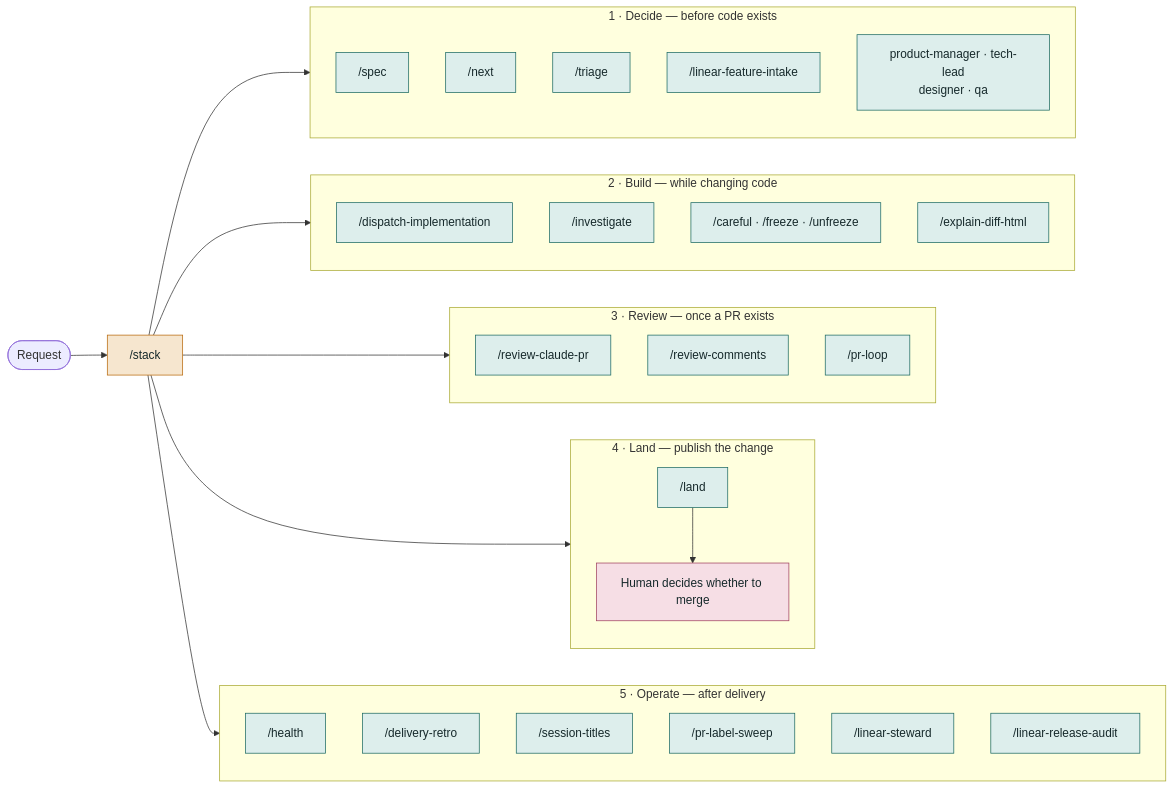
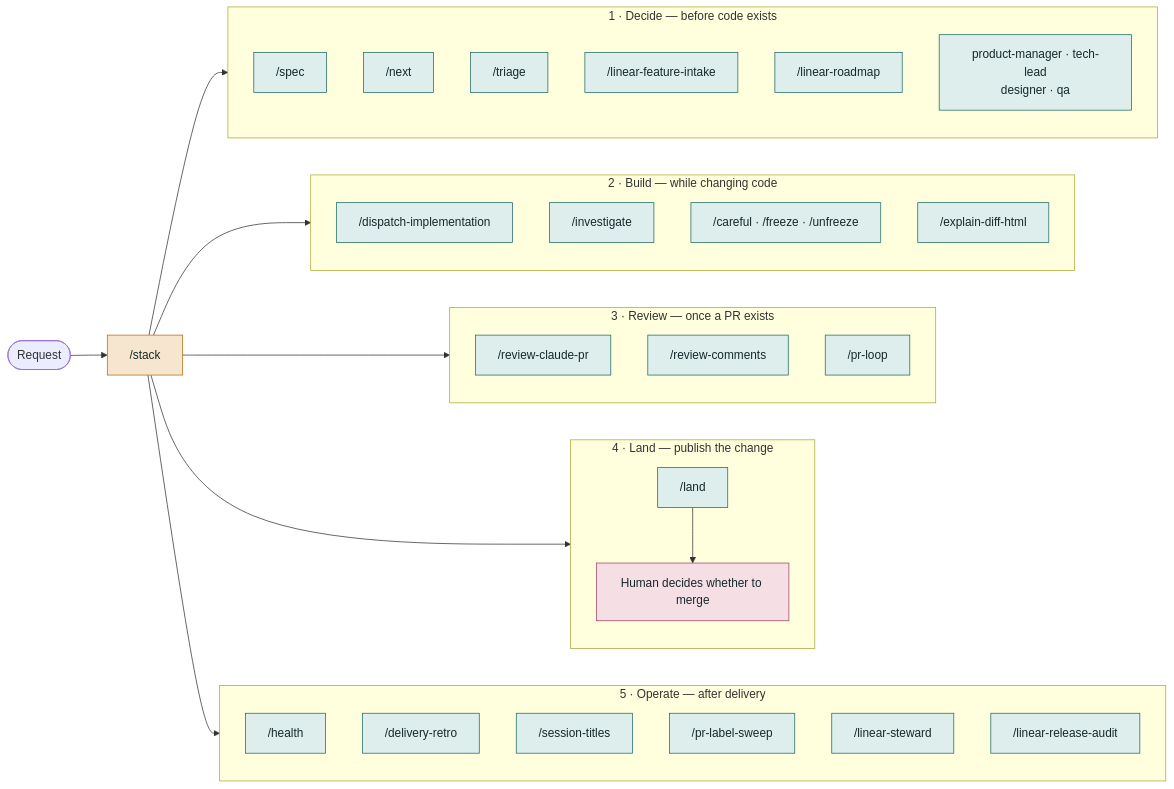
The second of 5 diagrams in docs/skill-map.md (khalilouardini/kstack), drawn with Mermaid before and after one commit. The commit also changed other lines of this file and 22 other files, not shown here.

Commit message:
fix: enforce orchestration roadmap handoff boundaries

````diff
--- a/docs/skill-map.md
+++ b/docs/skill-map.md
@@ -39,57 +39,58 @@
 ```mermaid
 flowchart LR
     request([Request]) --> router["/stack"]
     router --> decide
     router --> build
     router --> review
     router --> land
     router --> operate
 
     subgraph decide["1 · Decide — before code exists"]
       direction TB
       spec["/spec"]
       next["/next"]
       triage["/triage"]
       intake["/linear-feature-intake"]
+      roadmap["/linear-roadmap"]
       roles["product-manager · tech-lead<br/>designer · qa"]
     end
 
     subgraph build["2 · Build — while changing code"]
       direction TB
       dispatch["/dispatch-implementation"]
       investigate["/investigate"]
       controls["/careful · /freeze · /unfreeze"]
       explain["/explain-diff-html"]
     end
 
     subgraph review["3 · Review — once a PR exists"]
       direction TB
       produce["/review-claude-pr"]
       respond["/review-comments"]
       loop["/pr-loop"]
     end
 
     subgraph land["4 · Land — publish the change"]
       direction TB
       landSkill["/land"]
       human["Human decides whether to merge"]
       landSkill --> human
     end
 
     subgraph operate["5 · Operate — after delivery"]
       direction TB
       health["/health"]
       retro["/delivery-retro"]
       titles["/session-titles"]
       labels["/pr-label-sweep"]
       steward["/linear-steward"]
       audit["/linear-release-audit"]
     end
 
     classDef route fill:#f6e6cf,stroke:#b8690c,color:#16292b
     classDef phase fill:#ddeeec,stroke:#1d6a63,color:#16292b
     classDef stopStyle fill:#f6dee5,stroke:#a04360,color:#16292b
     class router route
-    class spec,next,triage,intake,roles,dispatch,investigate,controls,explain,produce,respond,loop,landSkill,health,retro,titles,labels,steward,audit phase
+    class spec,next,triage,intake,roadmap,roles,dispatch,investigate,controls,explain,produce,respond,loop,landSkill,health,retro,titles,labels,steward,audit phase
     class human stopStyle
 ```
````
